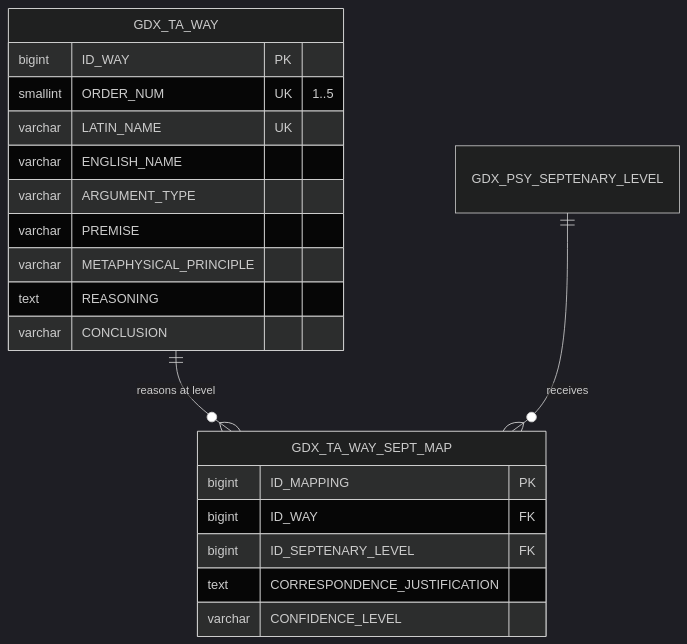
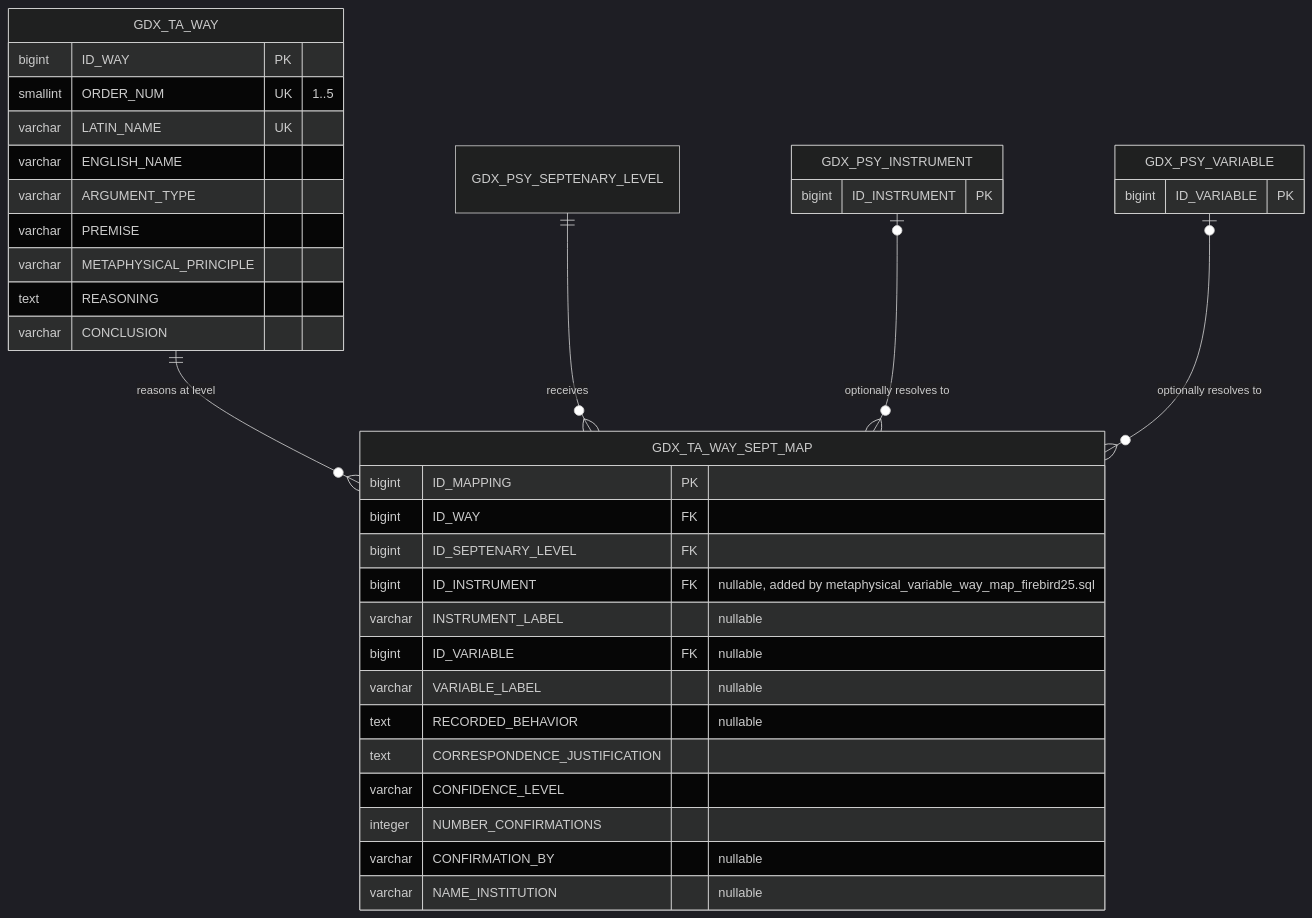
One commit to wilsonfda/godatax.human7 changed the fourth of 11 diagrams in GDX_HUMAN7_DEVELOPMENT_KIT.md. Above: the diagram before and after it, drawn with Mermaid (dark theme). The commit also changed other lines of this file and 63 other files, not shown here.

````diff
--- a/GDX_HUMAN7_DEVELOPMENT_KIT.md
+++ b/GDX_HUMAN7_DEVELOPMENT_KIT.md
@@ -626,24 +735,40 @@
 ```mermaid
 erDiagram
     GDX_TA_WAY ||--o{ GDX_TA_WAY_SEPT_MAP : "reasons at level"
     GDX_PSY_SEPTENARY_LEVEL ||--o{ GDX_TA_WAY_SEPT_MAP : receives
+    GDX_PSY_INSTRUMENT |o--o{ GDX_TA_WAY_SEPT_MAP : "optionally resolves to"
+    GDX_PSY_VARIABLE |o--o{ GDX_TA_WAY_SEPT_MAP : "optionally resolves to"
 
     GDX_TA_WAY {
         bigint ID_WAY PK
         smallint ORDER_NUM UK "1..5"
         varchar LATIN_NAME UK
         varchar ENGLISH_NAME
         varchar ARGUMENT_TYPE
         varchar PREMISE
         varchar METAPHYSICAL_PRINCIPLE
         text REASONING
         varchar CONCLUSION
     }
     GDX_TA_WAY_SEPT_MAP {
         bigint ID_MAPPING PK
         bigint ID_WAY FK
         bigint ID_SEPTENARY_LEVEL FK
+        bigint ID_INSTRUMENT FK "nullable, added by metaphysical_variable_way_map_firebird25.sql"
+        varchar INSTRUMENT_LABEL "nullable"
+        bigint ID_VARIABLE FK "nullable"
+        varchar VARIABLE_LABEL "nullable"
+        text RECORDED_BEHAVIOR "nullable"
         text CORRESPONDENCE_JUSTIFICATION
         varchar CONFIDENCE_LEVEL
+        integer NUMBER_CONFIRMATIONS
+        varchar CONFIRMATION_BY "nullable"
+        varchar NAME_INSTITUTION "nullable"
+    }
+    GDX_PSY_INSTRUMENT {
+        bigint ID_INSTRUMENT PK
+    }
+    GDX_PSY_VARIABLE {
+        bigint ID_VARIABLE PK
     }
 ```
````
